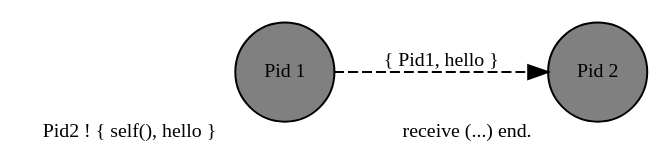
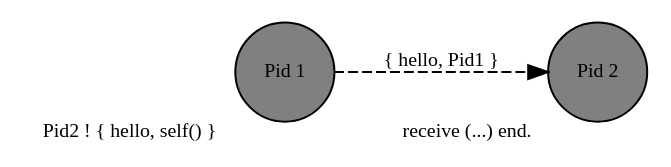
Before and after one commit to dont-rely-on-nulls/gambiconf-2025: the second of 16 diagrams in presentation.org, drawn with Graphviz. The commit also changed other lines of this file and 9 other files, not shown here.

```diff
--- a/presentation.org
+++ b/presentation.org
@@ -197,11 +221,11 @@
 #+BEGIN_SRC dot :file ./img/erlang_message_passing.png :cmdline -Kdot -Tpng :exports results
   digraph Send {
     node [shape=circle];
     rankdir="LR";
 
-    pid1 [label="Pid 1", xlabel="Pid2 ! { self(), hello }", fontsize="10pt", style=filled, fillcolor=grey];
+    pid1 [label="Pid 1", xlabel="Pid2 ! { hello, self() }", fontsize="10pt", style=filled, fillcolor=grey];
     pid2 [label="Pid 2", fontsize="10pt", style=filled, fillcolor=grey, xlabel="receive (...) end." ];
 
-    pid1 -> pid2 [label="{ Pid1, hello }", fontsize="10pt", style=dashed];
+    pid1 -> pid2 [label="{ hello, Pid1 }", fontsize="10pt", style=dashed];
   }
 #+END_SRC
```
